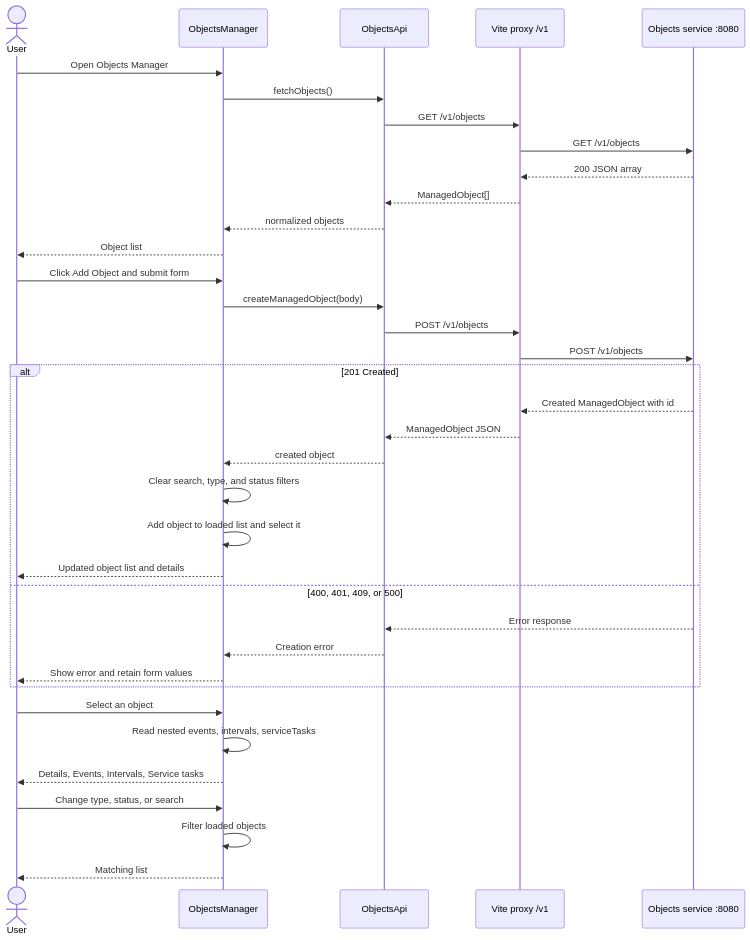
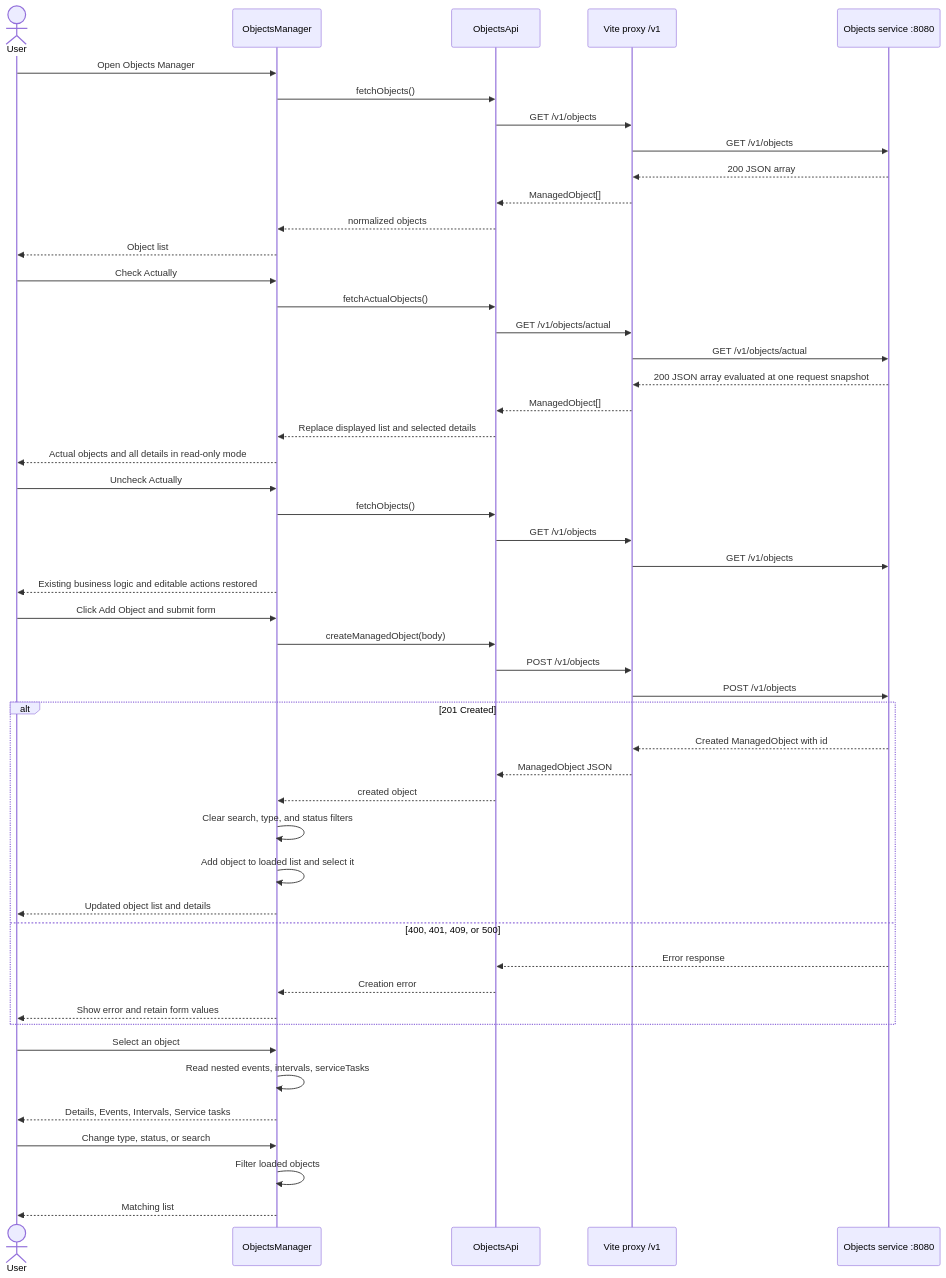
Before and after one commit to Dmitri-Lamdan/kinkeep-wb: the second of 2 diagrams in doc/api.md, drawn with Mermaid. The commit also changed other lines of this file and 14 other files, not shown here.

Commit message:
Add new API actual - support

````diff
--- a/doc/api.md
+++ b/doc/api.md
@@ -210,42 +226,57 @@
 ```mermaid
 sequenceDiagram
     actor User
     participant Form as ObjectsManager
     participant Client as ObjectsApi
     participant Proxy as Vite proxy /v1
     participant API as Objects service :8080
 
     User->>Form: Open Objects Manager
     Form->>Client: fetchObjects()
     Client->>Proxy: GET /v1/objects
     Proxy->>API: GET /v1/objects
     API-->>Proxy: 200 JSON array
     Proxy-->>Client: ManagedObject[]
     Client-->>Form: normalized objects
     Form-->>User: Object list
+
+    User->>Form: Check Actually
+    Form->>Client: fetchActualObjects()
+    Client->>Proxy: GET /v1/objects/actual
+    Proxy->>API: GET /v1/objects/actual
+    API-->>Proxy: 200 JSON array evaluated at one request snapshot
+    Proxy-->>Client: ManagedObject[]
+    Client-->>Form: Replace displayed list and selected details
+    Form-->>User: Actual objects and all details in read-only mode
+
+    User->>Form: Uncheck Actually
+    Form->>Client: fetchObjects()
+    Client->>Proxy: GET /v1/objects
+    Proxy->>API: GET /v1/objects
+    Form-->>User: Existing business logic and editable actions restored
 
     User->>Form: Click Add Object and submit form
     Form->>Client: createManagedObject(body)
     Client->>Proxy: POST /v1/objects
     Proxy->>API: POST /v1/objects
     alt 201 Created
         API-->>Proxy: Created ManagedObject with id
         Proxy-->>Client: ManagedObject JSON
         Client-->>Form: created object
         Form->>Form: Clear search, type, and status filters
         Form->>Form: Add object to loaded list and select it
         Form-->>User: Updated object list and details
     else 400, 401, 409, or 500
         API-->>Client: Error response
         Client-->>Form: Creation error
         Form-->>User: Show error and retain form values
     end
 
     User->>Form: Select an object
     Form->>Form: Read nested events, intervals, serviceTasks
     Form-->>User: Details, Events, Intervals, Service tasks
 
     User->>Form: Change type, status, or search
     Form->>Form: Filter loaded objects
     Form-->>User: Matching list
 ```
````
